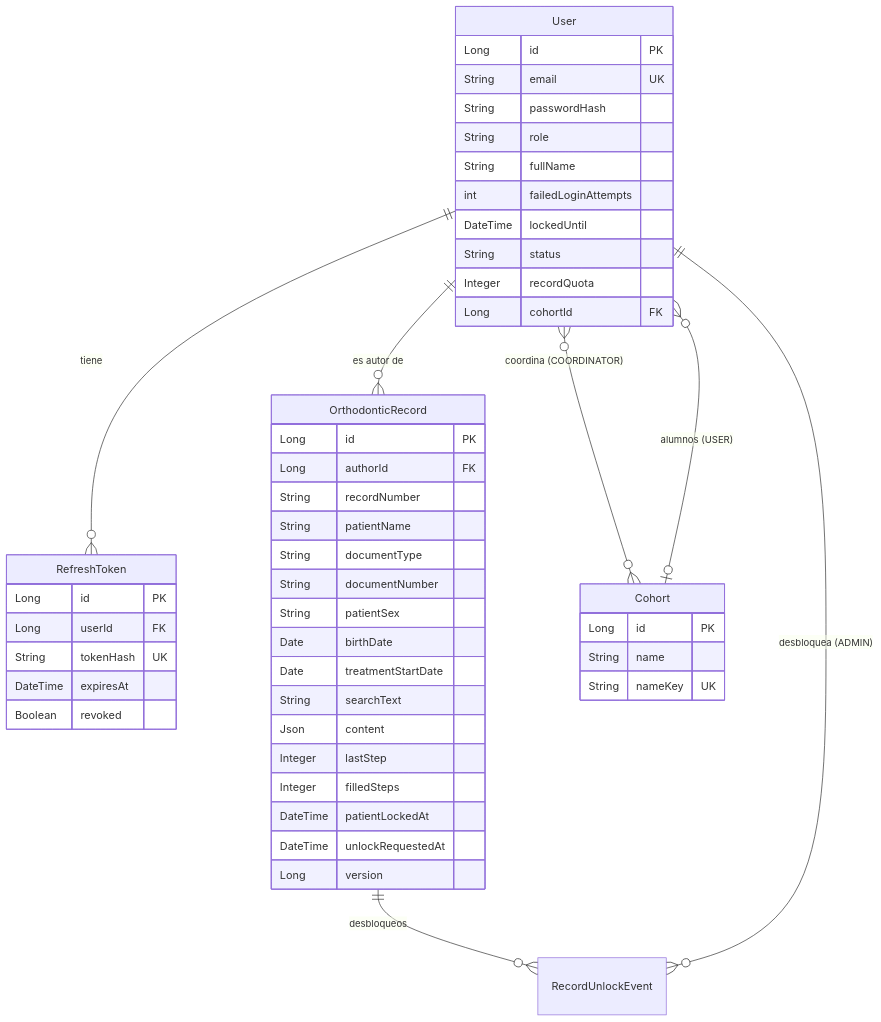
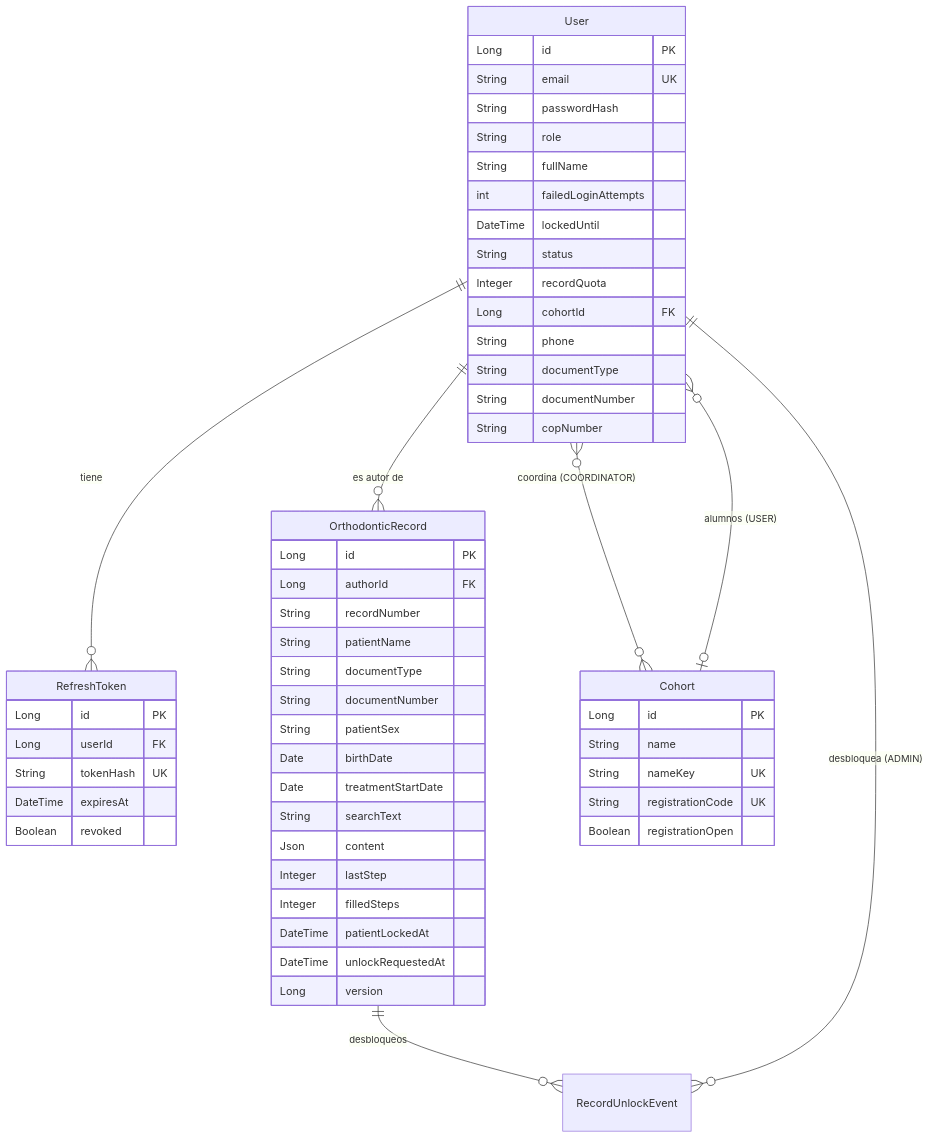
The diagram in docs/domain.md (Davico84/HSOFACOP), drawn with Mermaid before and after one commit. The commit also changed other lines of this file and 1 other file, not shown here.

Commit message:
docs: código de turma y datos de contacto en el dominio
Glosario (código de turma, COP), inscripción de Cohort, datos de contacto
de User ("Mis datos" y "Ver datos") y ER ampliado.

Refs: add-cohort-registration-code #3.1

````diff
--- a/docs/domain.md
+++ b/docs/domain.md
@@ -118,52 +122,58 @@
 ```mermaid
 erDiagram
     User ||--o{ RefreshToken : "tiene"
     User ||--o{ OrthodonticRecord : "es autor de"
     OrthodonticRecord ||--o{ RecordUnlockEvent : "desbloqueos"
     User ||--o{ RecordUnlockEvent : "desbloquea (ADMIN)"
     Cohort |o--o{ User : "alumnos (USER)"
     User }o--o{ Cohort : "coordina (COORDINATOR)"
 
     User {
         Long id PK
         String email UK
         String passwordHash
         String role
         String fullName
         int failedLoginAttempts
         DateTime lockedUntil
         String status
         Integer recordQuota
         Long cohortId FK
+        String phone
+        String documentType
+        String documentNumber
+        String copNumber
     }
     Cohort {
         Long id PK
         String name
         String nameKey UK
+        String registrationCode UK
+        Boolean registrationOpen
     }
     RefreshToken {
         Long id PK
         Long userId FK
         String tokenHash UK
         DateTime expiresAt
         Boolean revoked
     }
     OrthodonticRecord {
         Long id PK
         Long authorId FK
         String recordNumber
         String patientName
         String documentType
         String documentNumber
         String patientSex
         Date birthDate
         Date treatmentStartDate
         String searchText
         Json content
         Integer lastStep
         Integer filledSteps
         DateTime patientLockedAt
         DateTime unlockRequestedAt
         Long version
     }
 ```
````
